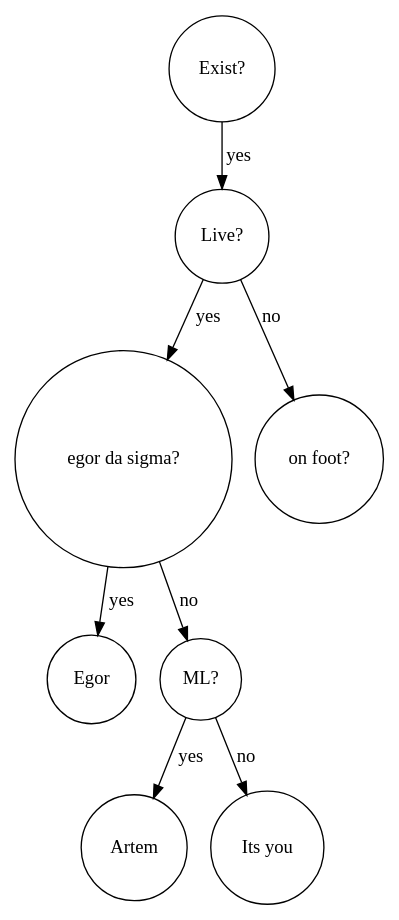
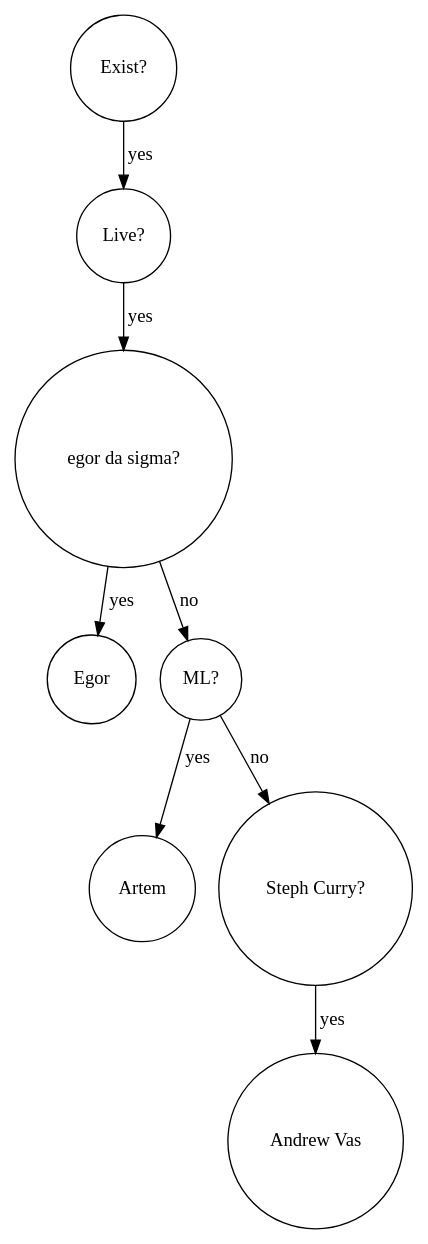
The diagram in tree/akinator/bst_visual_log/bst_7.dot (fl4cko11/Huawei_MIPT), drawn with Graphviz before and after one commit. The commit also changed 18 other files, not shown here.

```diff
--- a/tree/akinator/bst_visual_log/bst_7.dot
+++ b/tree/akinator/bst_visual_log/bst_7.dot
@@ -1,10 +1,10 @@
 digraph BST {
     node [shape=circle];
     "Exist?" -> "Live?" [label="yes"];
     "Live?" -> "egor da sigma?" [label="yes"];
-    "Live?" -> "on foot?" [label="no"];
     "egor da sigma?" -> "Egor" [label="yes"];
     "egor da sigma?" -> "ML?" [label="no"];
     "ML?" -> "Artem" [label="yes"];
-    "ML?" -> "Its you" [label="no"];
+    "ML?" -> "Steph Curry?" [label="no"];
+    "Steph Curry?" -> "Andrew Vas" [label="yes"];
 }
```
